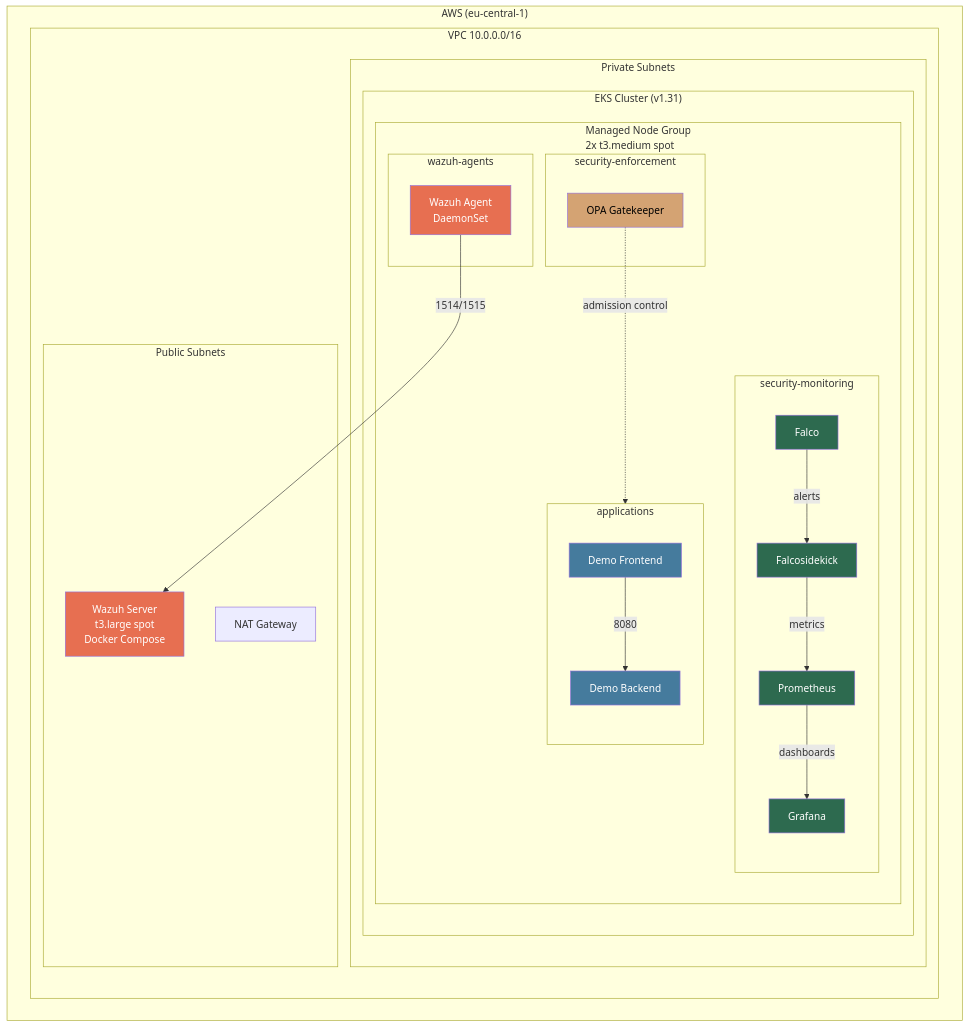
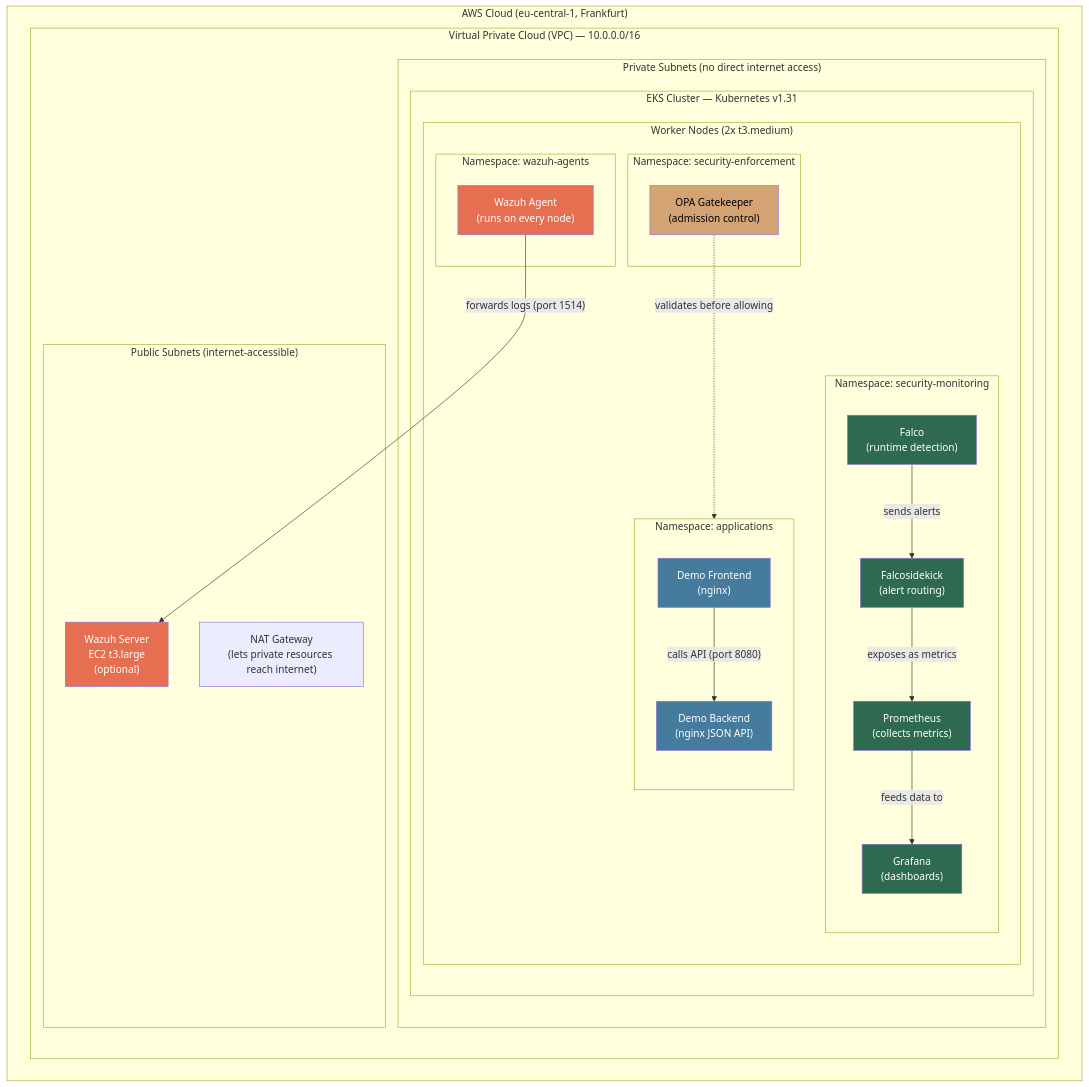
Before and after one commit to mikhailbahdashych/kubernetes-security-operations-platform: the diagram in README.md, drawn with Mermaid. The commit also changed other lines of this file, not shown here.

````diff
--- a/README.md
+++ b/README.md
@@ -7,50 +74,50 @@
 ```mermaid
 graph TB
-    subgraph AWS["AWS (eu-central-1)"]
-        subgraph VPC["VPC 10.0.0.0/16"]
-            subgraph Public["Public Subnets"]
-                NAT[NAT Gateway]
-                WAZUH_EC2["Wazuh Server<br/>t3.large spot<br/>Docker Compose"]
+    subgraph AWS["AWS Cloud (eu-central-1, Frankfurt)"]
+        subgraph VPC["Virtual Private Cloud (VPC) — 10.0.0.0/16"]
+            subgraph Public["Public Subnets (internet-accessible)"]
+                NAT["NAT Gateway<br/>(lets private resources reach internet)"]
+                WAZUH_EC2["Wazuh Server<br/>EC2 t3.large<br/>(optional)"]
             end
-            subgraph Private["Private Subnets"]
-                subgraph EKS["EKS Cluster (v1.31)"]
-                    subgraph Workers["Managed Node Group<br/>2x t3.medium spot"]
-                        subgraph NS_SM["security-monitoring"]
-                            PROM[Prometheus]
-                            GRAF[Grafana]
-                            FALCO[Falco]
-                            SIDEKICK[Falcosidekick]
+            subgraph Private["Private Subnets (no direct internet access)"]
+                subgraph EKS["EKS Cluster — Kubernetes v1.31"]
+                    subgraph Workers["Worker Nodes (2x t3.medium)"]
+                        subgraph NS_SM["Namespace: security-monitoring"]
+                            PROM["Prometheus<br/>(collects metrics)"]
+                            GRAF["Grafana<br/>(dashboards)"]
+                            FALCO["Falco<br/>(runtime detection)"]
+                            SIDEKICK["Falcosidekick<br/>(alert routing)"]
                         end
-                        subgraph NS_SE["security-enforcement"]
-                            GK[OPA Gatekeeper]
+                        subgraph NS_SE["Namespace: security-enforcement"]
+                            GK["OPA Gatekeeper<br/>(admission control)"]
                         end
-                        subgraph NS_APP["applications"]
-                            FE[Demo Frontend]
-                            BE[Demo Backend]
+                        subgraph NS_APP["Namespace: applications"]
+                            FE["Demo Frontend<br/>(nginx)"]
+                            BE["Demo Backend<br/>(nginx JSON API)"]
                         end
-                        subgraph NS_WA["wazuh-agents"]
-                            WA[Wazuh Agent<br/>DaemonSet]
+                        subgraph NS_WA["Namespace: wazuh-agents"]
+                            WA["Wazuh Agent<br/>(runs on every node)"]
                         end
                     end
                 end
             end
         end
     end
 
-    FALCO -->|alerts| SIDEKICK
-    SIDEKICK -->|metrics| PROM
-    PROM -->|dashboards| GRAF
-    WA -->|1514/1515| WAZUH_EC2
-    GK -.->|admission control| NS_APP
-    FE -->|8080| BE
+    FALCO -->|"sends alerts"| SIDEKICK
+    SIDEKICK -->|"exposes as metrics"| PROM
+    PROM -->|"feeds data to"| GRAF
+    WA -->|"forwards logs (port 1514)"| WAZUH_EC2
+    GK -.->|"validates before allowing"| NS_APP
+    FE -->|"calls API (port 8080)"| BE
 
     classDef monitoring fill:#2d6a4f,color:#fff
     classDef enforcement fill:#d4a373,color:#000
     classDef app fill:#457b9d,color:#fff
     classDef wazuh fill:#e76f51,color:#fff
 
     class PROM,GRAF,FALCO,SIDEKICK monitoring
     class GK enforcement
     class FE,BE app
     class WA,WAZUH_EC2 wazuh
 ```
````
